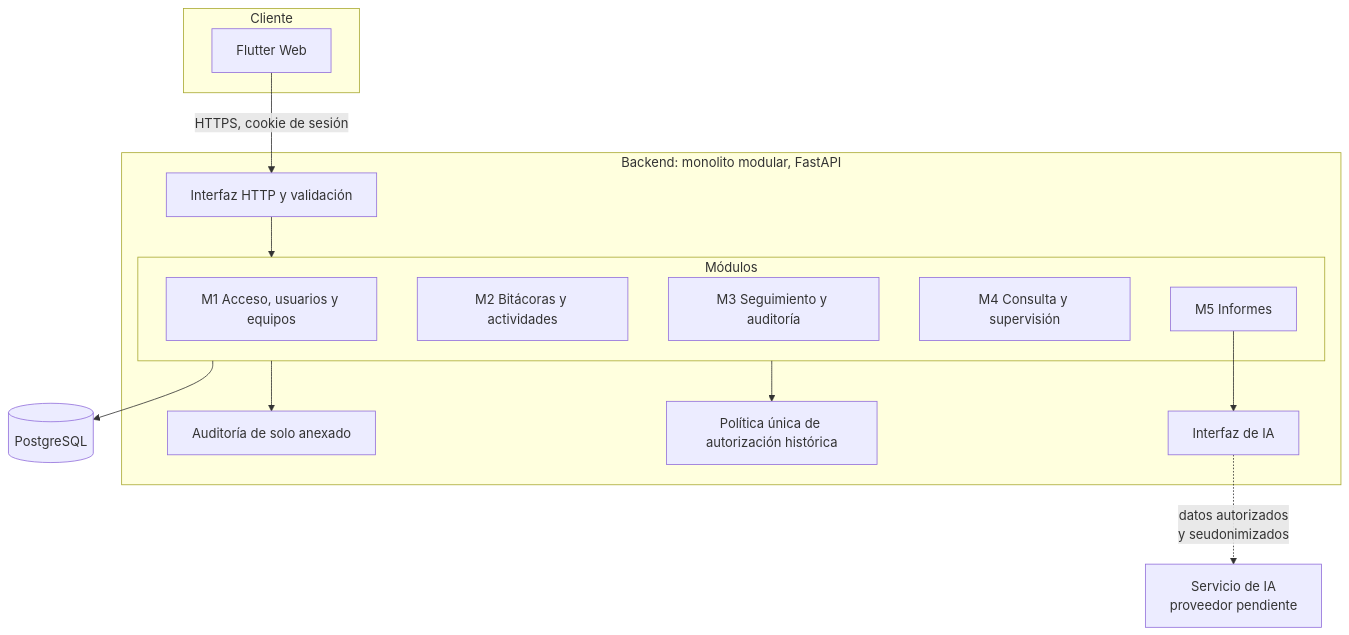
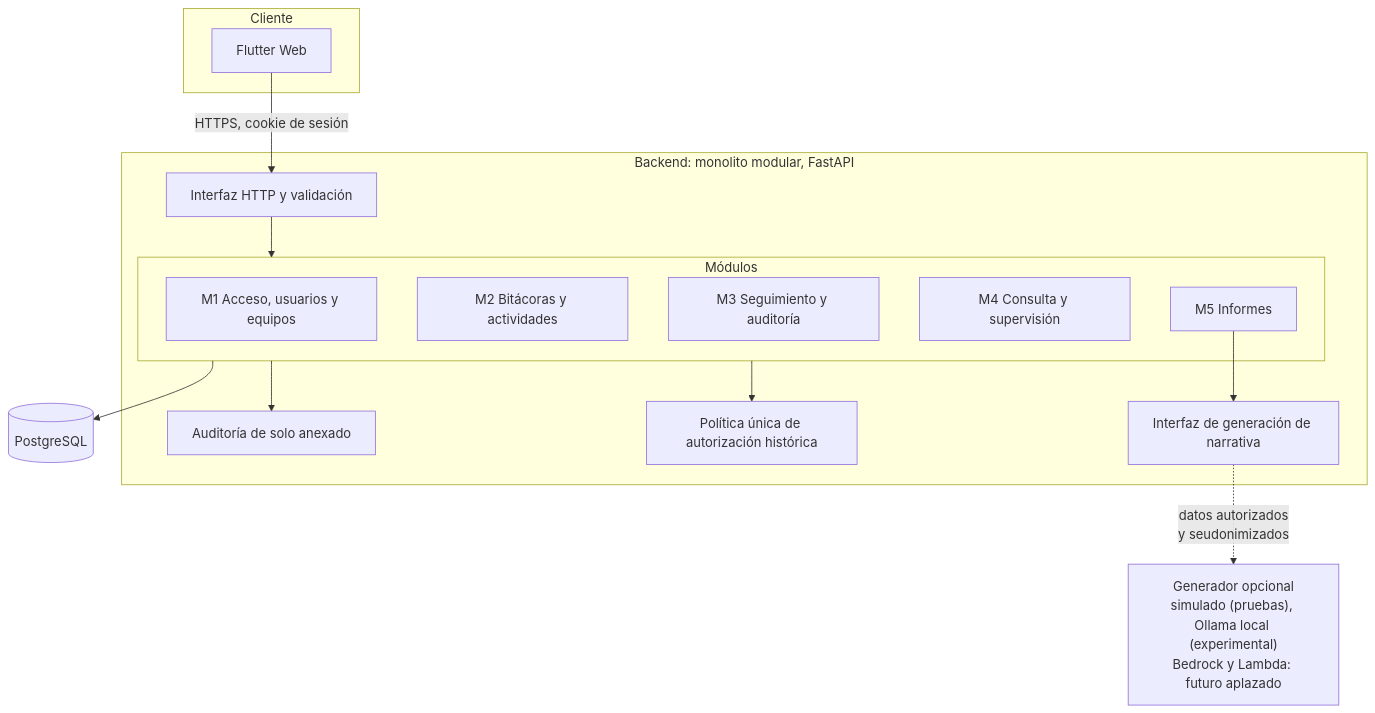
The second of 4 diagrams in readme.md (marlonbossa09/AI4Devs-finalproject), drawn with Mermaid before and after one commit. The commit also changed other lines of this file, not shown here.

````diff
--- a/readme.md
+++ b/readme.md
@@ -312,29 +342,29 @@
 ```mermaid
 flowchart TB
   subgraph CLI["Cliente"]
     WEB["Flutter Web"]
   end
   subgraph SRV["Backend: monolito modular, FastAPI"]
     API["Interfaz HTTP y validación"]
     subgraph MOD["Módulos"]
       M1["M1 Acceso, usuarios y equipos"]
       M2["M2 Bitácoras y actividades"]
       M3["M3 Seguimiento y auditoría"]
       M4["M4 Consulta y supervisión"]
       M5["M5 Informes"]
     end
     AUT["Política única de autorización histórica"]
     AUD["Auditoría de solo anexado"]
-    PIA["Interfaz de IA"]
+    PIA["Interfaz de generación de narrativa"]
   end
   DB[("PostgreSQL")]
-  IA["Servicio de IA<br/>proveedor pendiente"]
+  IA["Generador opcional<br/>simulado (pruebas), Ollama local (experimental)<br/>Bedrock y Lambda: futuro aplazado"]
 
   WEB -->|"HTTPS, cookie de sesión"| API
   API --> MOD
   MOD --> AUT
   MOD --> AUD
   MOD --> DB
   M5 --> PIA
   PIA -.->|"datos autorizados<br/>y seudonimizados"| IA
 ```
````
